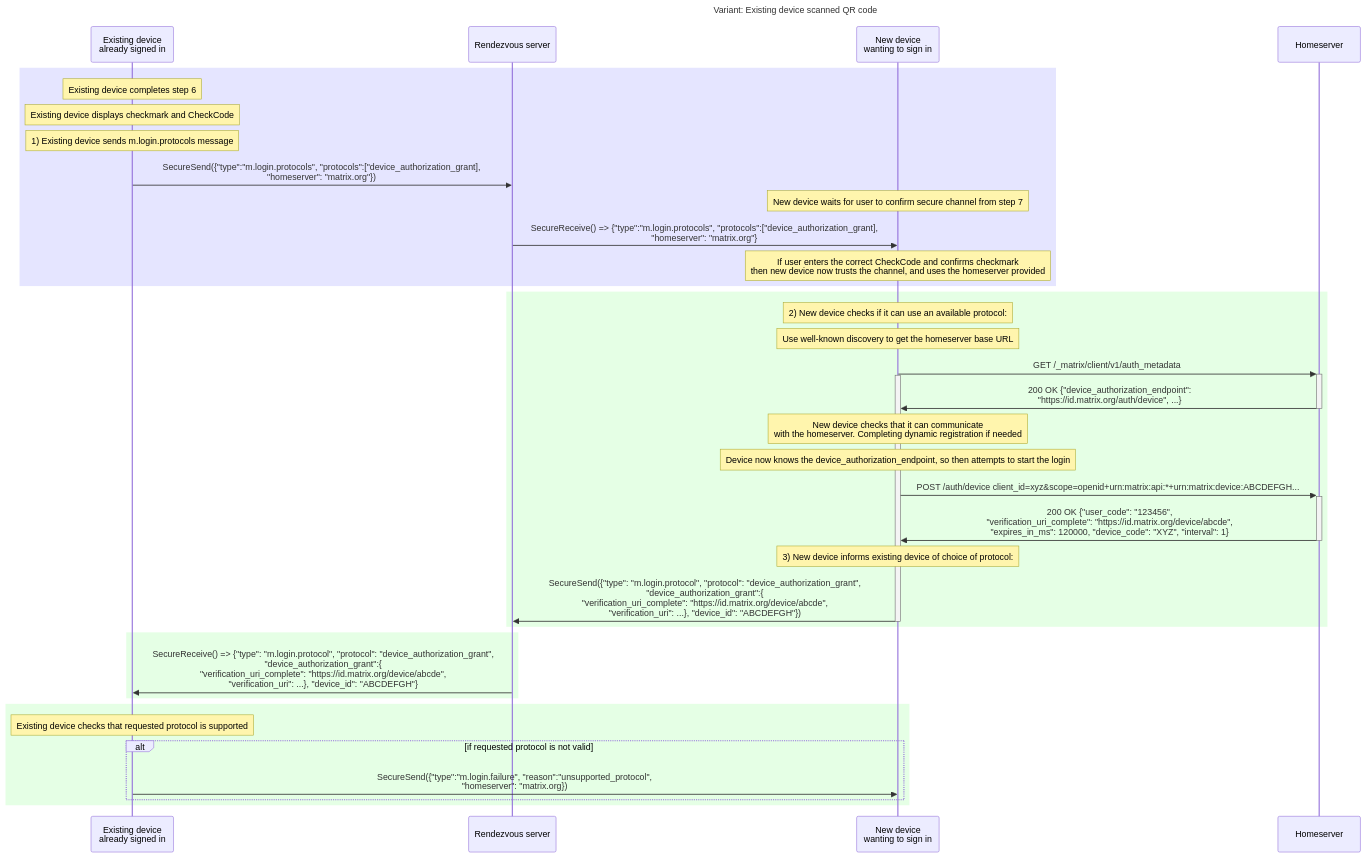
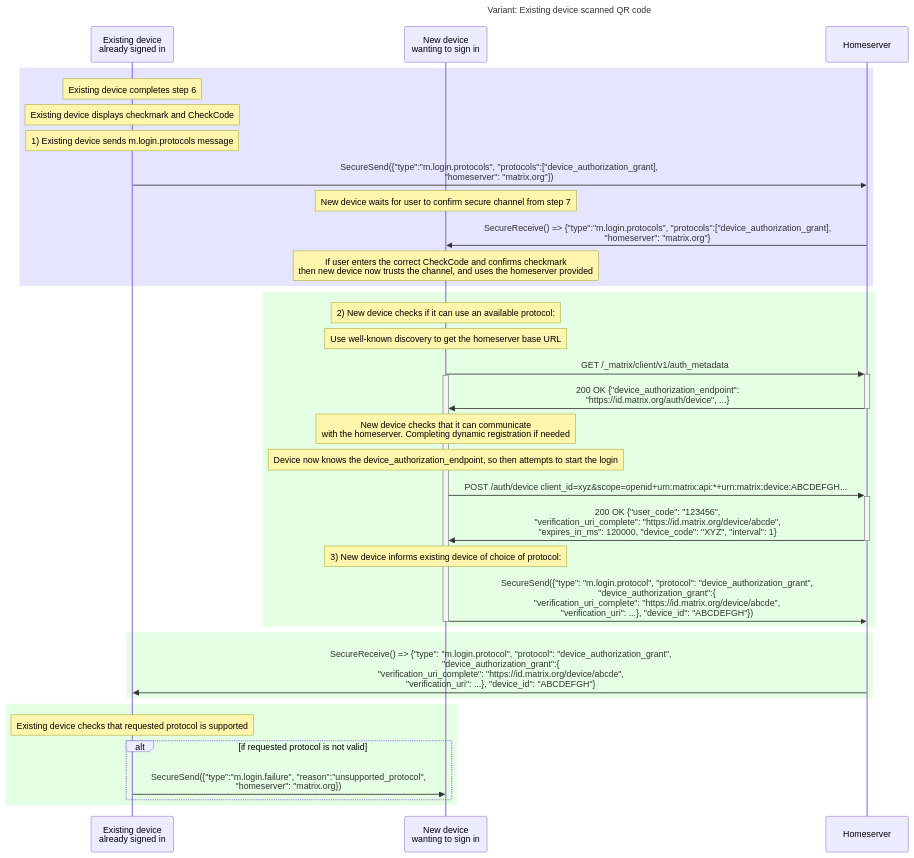
The fourth of 6 diagrams in proposals/4108-oidc-qr-login.md (matrix-org/matrix-spec-proposals), drawn with Mermaid before and after one commit. The commit also changed other lines of this file, not shown here.

Commit message:
Remove further references to rendezvous server

````diff
--- a/proposals/4108-oidc-qr-login.md
+++ b/proposals/4108-oidc-qr-login.md
@@ -883,63 +882,62 @@
 ```mermaid
 sequenceDiagram
     title: Variant: Existing device scanned QR code
     participant E as Existing device <br>already signed in
-    participant Z as Rendezvous server
     participant N as New device <br>wanting to sign in
     participant HS as Homeserver
 
 
     #alt if New device scanned QR code
     #    note over N: New device completes checks from secure channel establishment step 6 - it now trusts the channel
     #    note over N: 1) New device got server name from the QR code
 
     rect rgba(0,0,255, 0.1)
     #else if Existing device scanned QR code
         note over E: Existing device completes step 6
         note over E: Existing device displays checkmark and CheckCode
         note over E: 1) Existing device sends m.login.protocols message
-        E->>Z: SecureSend({"type":"m.login.protocols", "protocols":["device_authorization_grant],<br> "homeserver": "matrix.org"})
+        E->>HS: SecureSend({"type":"m.login.protocols", "protocols":["device_authorization_grant],<br> "homeserver": "matrix.org"})
         note over N: New device waits for user to confirm secure channel from step 7
-        Z->>N: SecureReceive() => {"type":"m.login.protocols", "protocols":["device_authorization_grant],<br> "homeserver": "matrix.org"}
+        HS->>N: SecureReceive() => {"type":"m.login.protocols", "protocols":["device_authorization_grant],<br> "homeserver": "matrix.org"}
         note over N: If user enters the correct CheckCode and confirms checkmark<br>then new device now trusts the channel, and uses the homeserver provided
     end
 
 
     rect rgba(0,255,0, 0.1)
     note over N: 2) New device checks if it can use an available protocol:
     note over N: Use well-known discovery to get the homeserver base URL
         N->>+HS: GET /_matrix/client/v1/auth_metadata
     activate N
         HS->>-N: 200 OK {"device_authorization_endpoint":<br> "https://id.matrix.org/auth/device", ...}
         Note over N: New device checks that it can communicate<br> with the homeserver. Completing dynamic registration if needed
         Note over N: Device now knows the device_authorization_endpoint, so then attempts to start the login
         N->>+HS: POST /auth/device client_id=xyz&scope=openid+urn:matrix:api:*+urn:matrix:device:ABCDEFGH...
         HS->>-N: 200 OK {"user_code": "123456",<br>"verification_uri_complete": "https://id.matrix.org/device/abcde",<br>"expires_in_ms": 120000, "device_code": "XYZ", "interval": 1}
         note over N: 3) New device informs existing device of choice of protocol:
-        N->>Z: SecureSend({"type": "m.login.protocol", "protocol": "device_authorization_grant",<br> "device_authorization_grant":{<br>"verification_uri_complete": "https://id.matrix.org/device/abcde",<br>"verification_uri": ...}, "device_id": "ABCDEFGH"})
+        N->>HS: SecureSend({"type": "m.login.protocol", "protocol": "device_authorization_grant",<br> "device_authorization_grant":{<br>"verification_uri_complete": "https://id.matrix.org/device/abcde",<br>"verification_uri": ...}, "device_id": "ABCDEFGH"})
 
     deactivate N
     end
 
     # alt if New device scanned QR code
     #    note over N: New device displays checkmark and CheckCode
     #    note over E: Existing device waits for user to enter CheckCode<br>and confirm secure channel from step 7
     #end
 
     rect rgba(0,255,0, 0.1)
-        Z->>E: SecureReceive() => {"type": "m.login.protocol", "protocol": "device_authorization_grant",<br> "device_authorization_grant":{<br>"verification_uri_complete": "https://id.matrix.org/device/abcde",<br>"verification_uri": ...}, "device_id": "ABCDEFGH"}
+        HS->>E: SecureReceive() => {"type": "m.login.protocol", "protocol": "device_authorization_grant",<br> "device_authorization_grant":{<br>"verification_uri_complete": "https://id.matrix.org/device/abcde",<br>"verification_uri": ...}, "device_id": "ABCDEFGH"}
     end
 
     # alt if New device scanned QR code
     #    note over E: If user entered correct CheckCode<br>and confirms checkmark then existing device now trusts the channel
     #end
 
 
     rect rgba(0,255,0, 0.1)
     note over E: Existing device checks that requested protocol is supported
 
     alt if requested protocol is not valid
         E->>N: SecureSend({"type":"m.login.failure", "reason":"unsupported_protocol",<br>"homeserver": "matrix.org})
     end
     end
 ```
````
